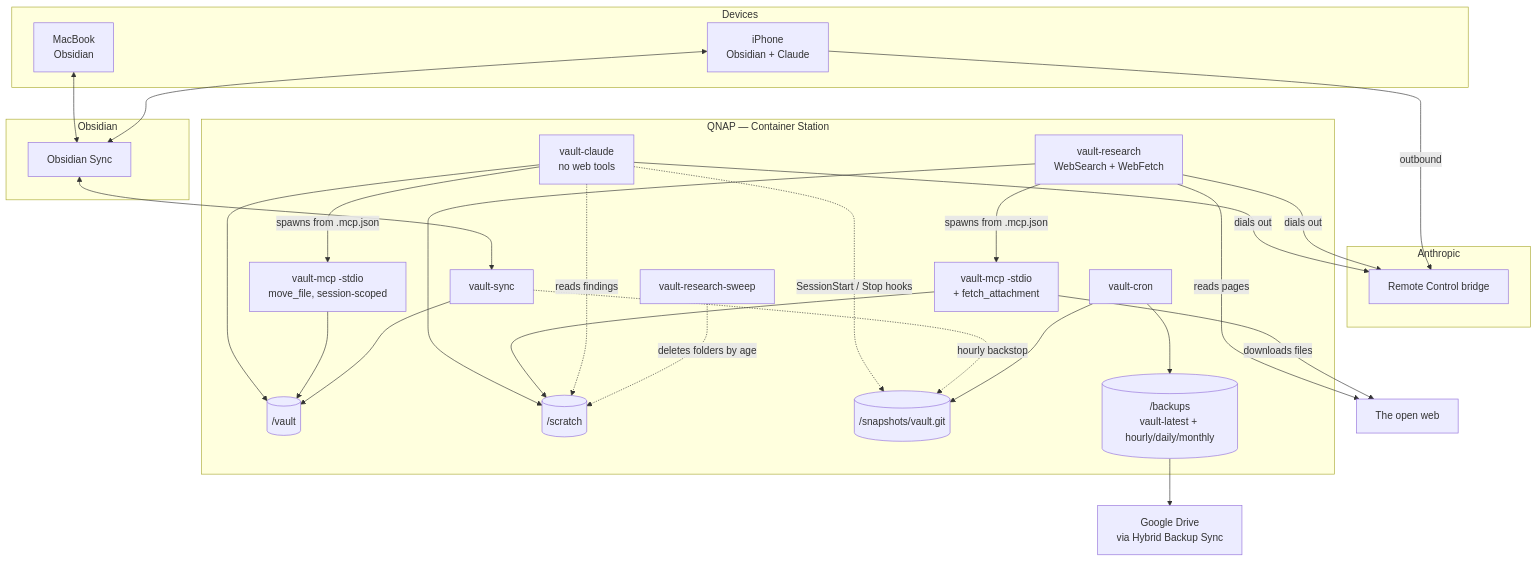
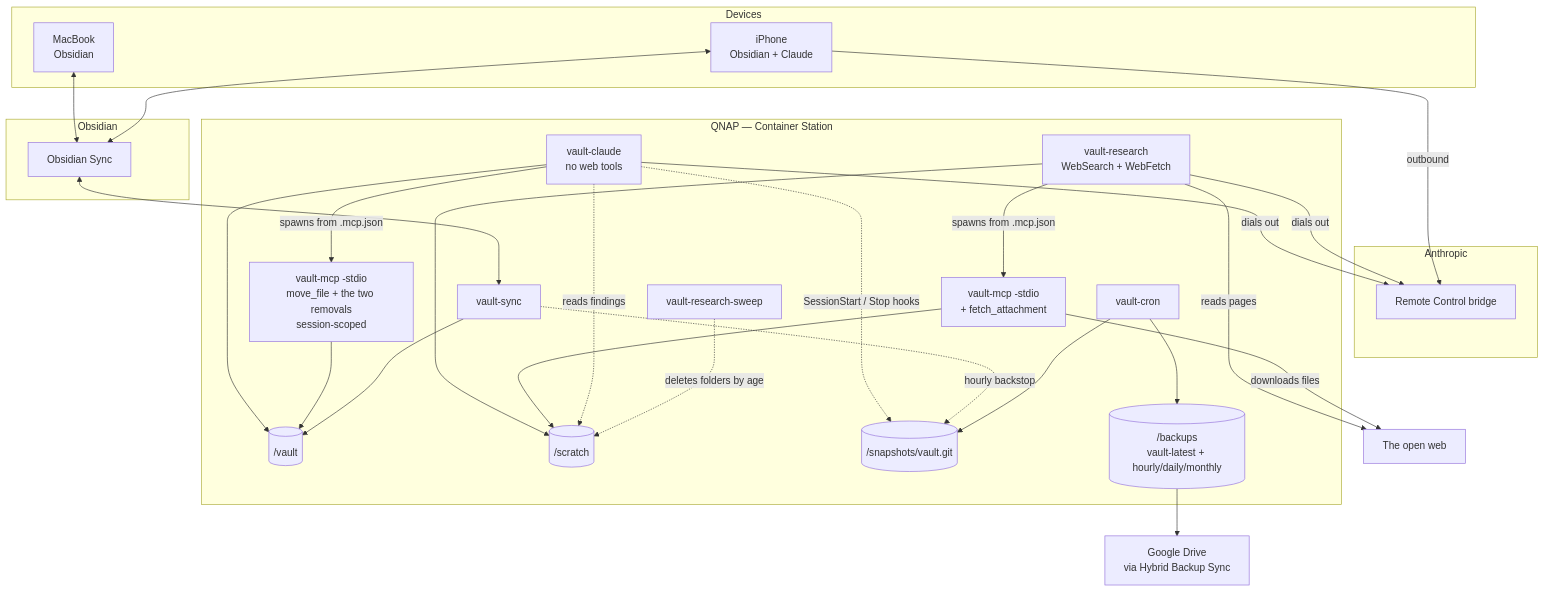
Before and after one commit to ky1ejs/homelab: the first of 4 diagrams in obsidian-vault/ARCHITECTURE.md, drawn with Mermaid. The commit also changed other lines of this file and 13 other files, not shown here.

````diff
--- a/obsidian-vault/ARCHITECTURE.md
+++ b/obsidian-vault/ARCHITECTURE.md
@@ -25,56 +25,56 @@
 ```mermaid
 flowchart TB
     subgraph clients["Devices"]
         mac["MacBook<br/>Obsidian"]
         iphone["iPhone<br/>Obsidian + Claude"]
     end
 
     subgraph anth["Anthropic"]
         bridge["Remote Control bridge"]
     end
 
     subgraph obsc["Obsidian"]
         syncsvc["Obsidian Sync"]
     end
 
     web["The open web"]
 
     subgraph nas["QNAP — Container Station"]
         agent["vault-claude<br/>no web tools"]
-        move["vault-mcp -stdio<br/>move_file, session-scoped"]
+        move["vault-mcp -stdio<br/>move_file + the two removals<br/>session-scoped"]
         research["vault-research<br/>WebSearch + WebFetch"]
         fetch["vault-mcp -stdio<br/>+ fetch_attachment"]
         sweep["vault-research-sweep"]
         sync["vault-sync"]
         cron["vault-cron"]
         vault[("/vault")]
         scratch[("/scratch")]
         snap[("/snapshots/vault.git")]
         bundles[("/backups<br/>vault-latest + hourly/daily/monthly")]
     end
 
     gdrive["Google Drive<br/>via Hybrid Backup Sync"]
 
     iphone -->|outbound| bridge
     agent -->|dials out| bridge
     research -->|dials out| bridge
     mac <--> syncsvc
     iphone <--> syncsvc
     syncsvc <--> sync
     agent --> vault
     agent -->|spawns from .mcp.json| move
     move --> vault
     research --> scratch
     research -->|spawns from .mcp.json| fetch
     research -->|reads pages| web
     fetch -->|downloads files| web
     fetch --> scratch
     agent -.->|reads findings| scratch
     sweep -.->|deletes folders by age| scratch
     sync --> vault
     agent -.->|SessionStart / Stop hooks| snap
     sync -.->|hourly backstop| snap
     cron --> snap
     cron --> bundles
     bundles --> gdrive
 ```
````
